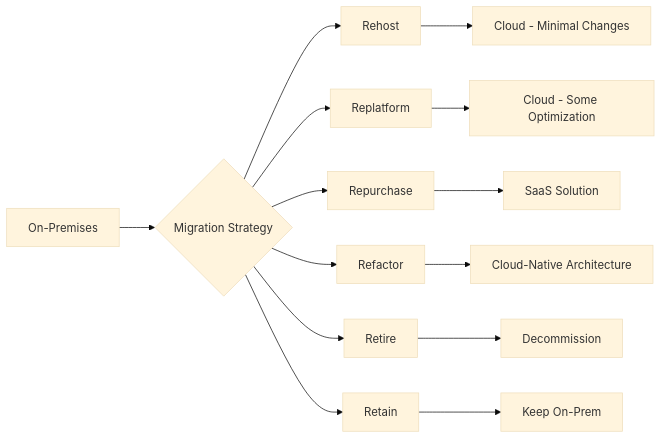
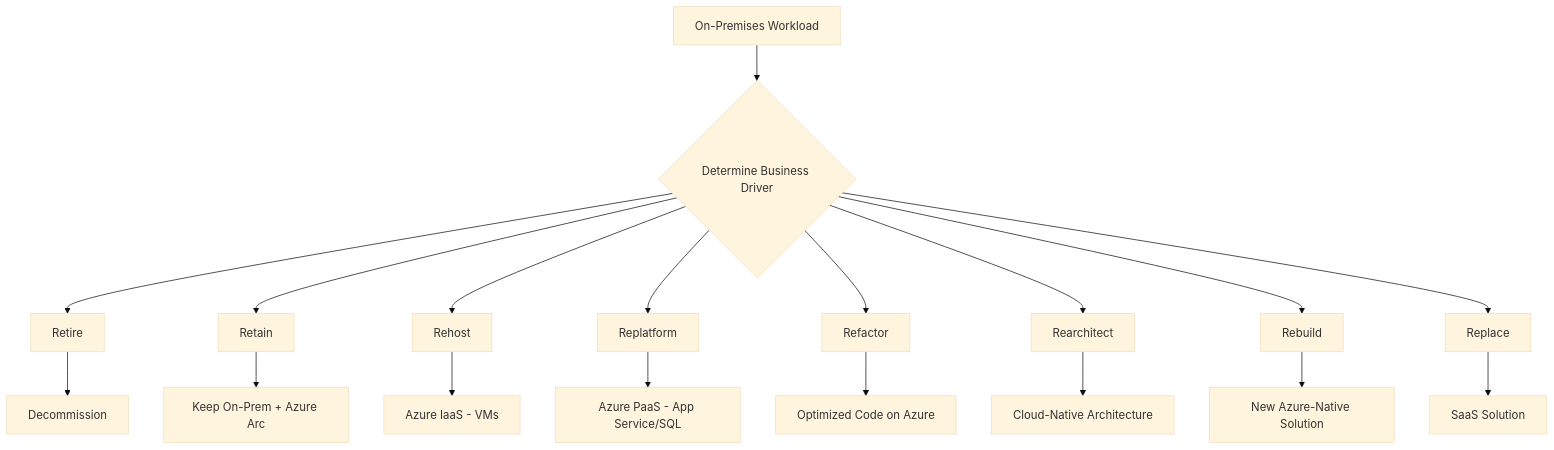
The first of 3 diagrams in architecture-general/05-cloud-infrastructure-platform-architecture/cloud-migration/on-prem-to-cloud-migration.md (gurkanindibay/azure_learning), drawn with Mermaid (base theme) before and after one commit. The commit also changed other lines of this file, not shown here.

Commit message:
Update cloud migration documentation: expand migration strategies to the 8 R's, enhance clarity with detailed descriptions, and include best practices for Azure Migrate assessments.

````diff
--- a/architecture-general/05-cloud-infrastructure-platform-architecture/cloud-migration/on-prem-to-cloud-migration.md
+++ b/architecture-general/05-cloud-infrastructure-platform-architecture/cloud-migration/on-prem-to-cloud-migration.md
@@ -36,17 +66,21 @@
 ```mermaid
-graph LR
-    A[On-Premises] --> B{Migration Strategy}
-    B --> C[Rehost]
-    B --> D[Replatform]
-    B --> E[Repurchase]
-    B --> F[Refactor]
-    B --> G[Retire]
-    B --> H[Retain]
+graph TD
+    A[On-Premises Workload] --> B{Determine Business Driver}
+    B --> C[Retire]
+    B --> D[Retain]
+    B --> E[Rehost]
+    B --> F[Replatform]
+    B --> G[Refactor]
+    B --> H[Rearchitect]
+    B --> I[Rebuild]
+    B --> J[Replace]
     
-    C --> I[Cloud - Minimal Changes]
-    D --> J[Cloud - Some Optimization]
-    E --> K[SaaS Solution]
-    F --> L[Cloud-Native Architecture]
-    G --> M[Decommission]
-    H --> N[Keep On-Prem]
+    C --> C1[Decommission]
+    D --> D1[Keep On-Prem + Azure Arc]
+    E --> E1[Azure IaaS - VMs]
+    F --> F1[Azure PaaS - App Service/SQL]
+    G --> G1[Optimized Code on Azure]
+    H --> H1[Cloud-Native Architecture]
+    I --> I1[New Azure-Native Solution]
+    J --> J1[SaaS Solution]
 ```
````
